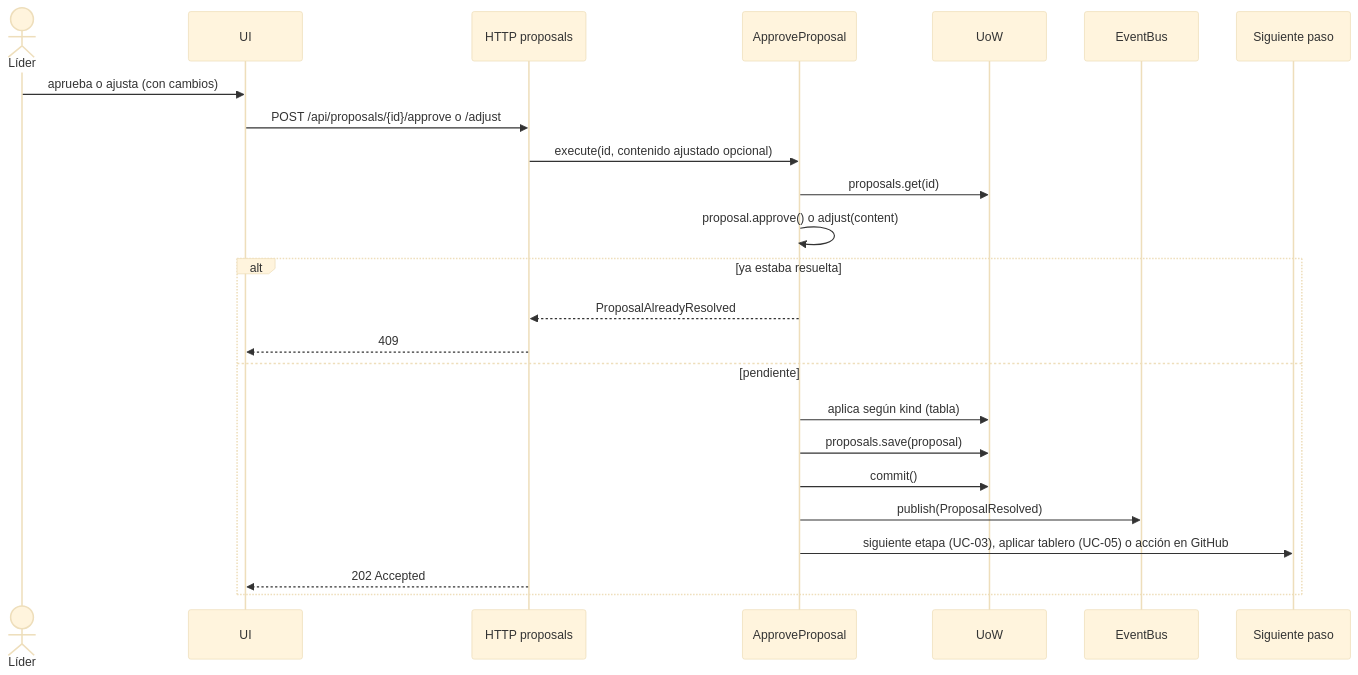
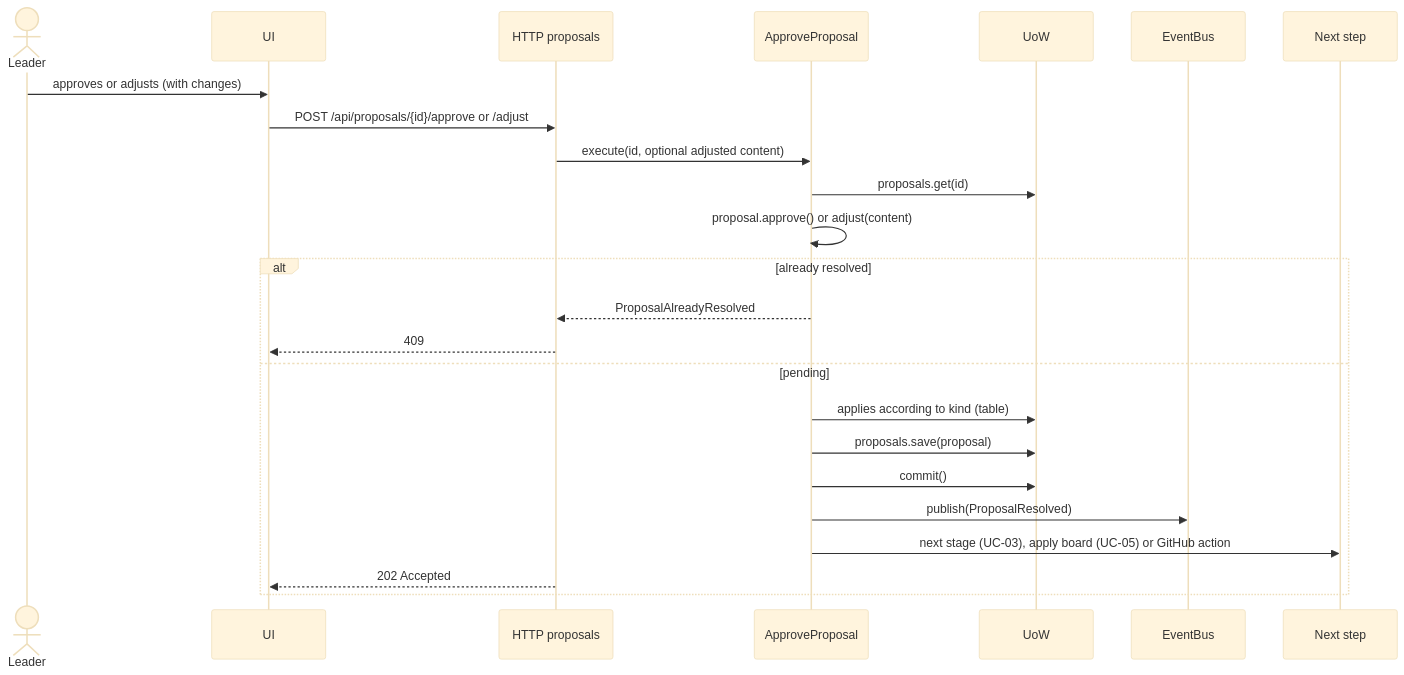
The eighth of 18 diagrams in plan/use-cases.md (Mitchz01/TransparencIA), drawn with Mermaid (base theme) before and after one commit. The commit also changed other lines of this file and 68 other files, not shown here.

````diff
--- a/plan/use-cases.md
+++ b/plan/use-cases.md
@@ -270,27 +273,27 @@
 ```mermaid
 sequenceDiagram
-    actor L as Líder
+    actor L as Leader
     participant UI
     participant HTTP as HTTP proposals
     participant UC as ApproveProposal
     participant UoW
     participant Bus as EventBus
-    participant Next as Siguiente paso
+    participant Next as Next step
 
-    L->>UI: aprueba o ajusta (con cambios)
-    UI->>HTTP: POST /api/proposals/{id}/approve o /adjust
-    HTTP->>UC: execute(id, contenido ajustado opcional)
+    L->>UI: approves or adjusts (with changes)
+    UI->>HTTP: POST /api/proposals/{id}/approve or /adjust
+    HTTP->>UC: execute(id, optional adjusted content)
     UC->>UoW: proposals.get(id)
-    UC->>UC: proposal.approve() o adjust(content)
-    alt ya estaba resuelta
+    UC->>UC: proposal.approve() or adjust(content)
+    alt already resolved
         UC-->>HTTP: ProposalAlreadyResolved
         HTTP-->>UI: 409
-    else pendiente
-        UC->>UoW: aplica según kind (tabla)
+    else pending
+        UC->>UoW: applies according to kind (table)
         UC->>UoW: proposals.save(proposal)
         UC->>UoW: commit()
         UC->>Bus: publish(ProposalResolved)
-        UC->>Next: siguiente etapa (UC-03), aplicar tablero (UC-05) o acción en GitHub
+        UC->>Next: next stage (UC-03), apply board (UC-05) or GitHub action
         HTTP-->>UI: 202 Accepted
     end
 ```
````
